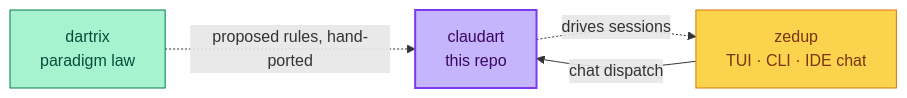
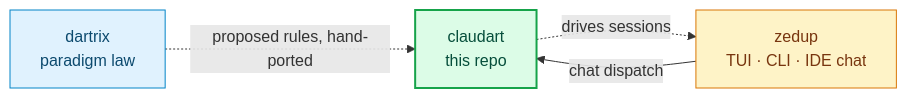
The seventh of 7 diagrams in README.md (MakerPact/claudart), drawn with Mermaid before and after one commit. The commit also changed other lines of this file, not shown here.

````diff
--- a/README.md
+++ b/README.md
@@ -448,12 +544,12 @@
 ```mermaid
 flowchart LR
   C[claudart<br/>this repo]:::self
   D[dartrix<br/>paradigm law]:::core
   Z[zedup<br/>TUI · CLI · IDE chat]:::tool
   C -.->|drives sessions| Z
   Z -->|chat dispatch| C
   D -.->|proposed rules, hand-ported| C
-  classDef self fill:#c4b5fd,color:#3b0764,stroke:#7c3aed,stroke-width:2px
-  classDef core fill:#a7f3d0,color:#064e3b,stroke:#047857
-  classDef tool fill:#fcd34d,color:#78350f,stroke:#d97706
+  classDef self fill:#dcfce7,color:#064e3b,stroke:#16a34a,stroke-width:2px
+  classDef core fill:#e0f2fe,color:#0c4a6e,stroke:#0284c7
+  classDef tool fill:#fef3c7,color:#78350f,stroke:#d97706
 ```
````
